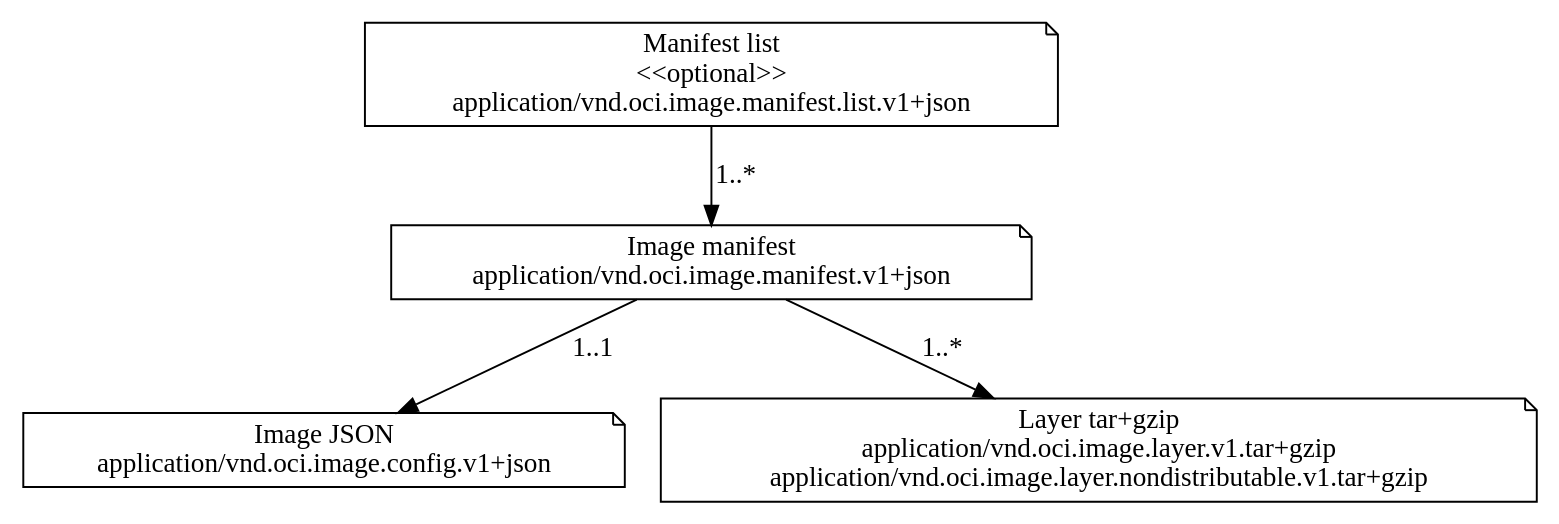
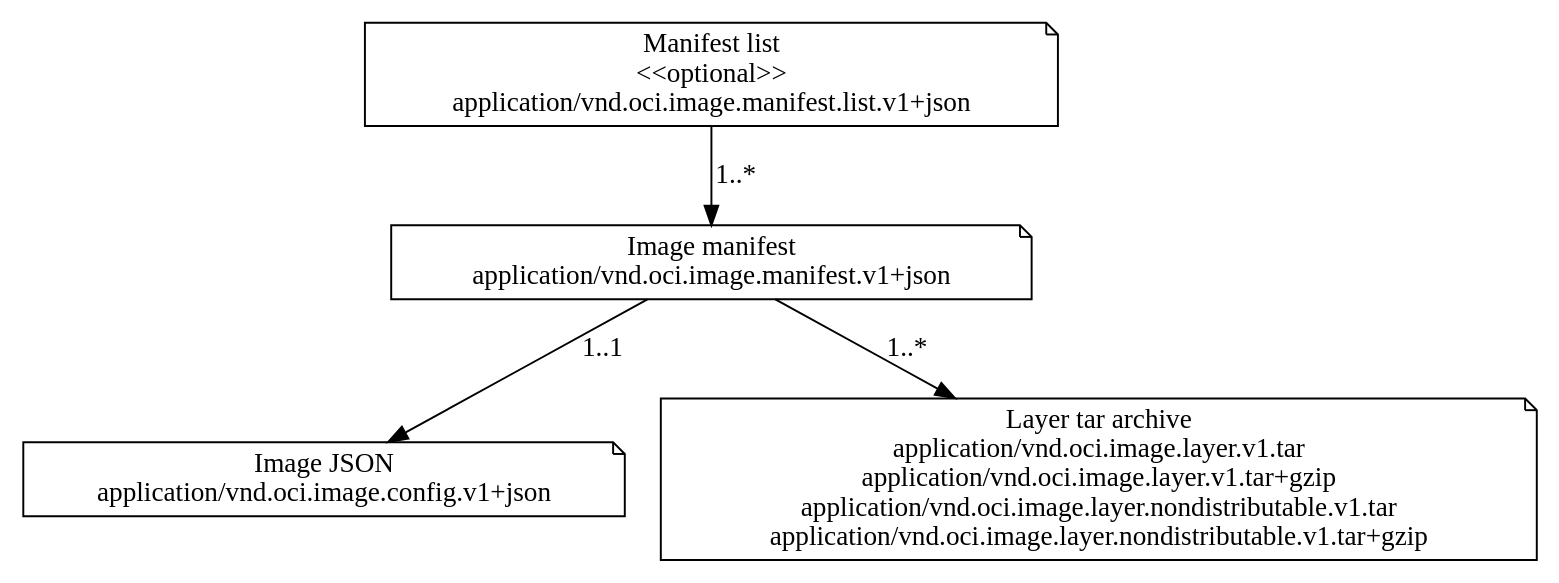
One commit to dattgoswami9lk5g/bremlinr changed the diagram in img/media-types.dot. Above: the diagram before and after it, drawn with Graphviz. The commit also changed 5 other files, not shown here.

```diff
--- a/img/media-types.dot
+++ b/img/media-types.dot
@@ -1,12 +1,12 @@
 digraph G {
   {
     manifestList [shape=note, label="Manifest list\n<<optional>>\napplication/vnd.oci.image.manifest.list.v1+json"]
     manifest [shape=note, label="Image manifest\napplication/vnd.oci.image.manifest.v1+json"]
     config [shape=note, label="Image JSON\napplication/vnd.oci.image.config.v1+json"]
-    layer [shape=note, label="Layer tar+gzip\napplication/vnd.oci.image.layer.v1.tar+gzip\napplication/vnd.oci.image.layer.nondistributable.v1.tar+gzip"]
+    layer [shape=note, label="Layer tar archive\napplication/vnd.oci.image.layer.v1.tar\napplication/vnd.oci.image.layer.v1.tar+gzip\napplication/vnd.oci.image.layer.nondistributable.v1.tar\napplication/vnd.oci.image.layer.nondistributable.v1.tar+gzip"]
   }
 
   manifestList -> manifest [label="1..*"]
   manifest -> config [label="1..1"]
   manifest -> layer [label="1..*"]
 }
```
